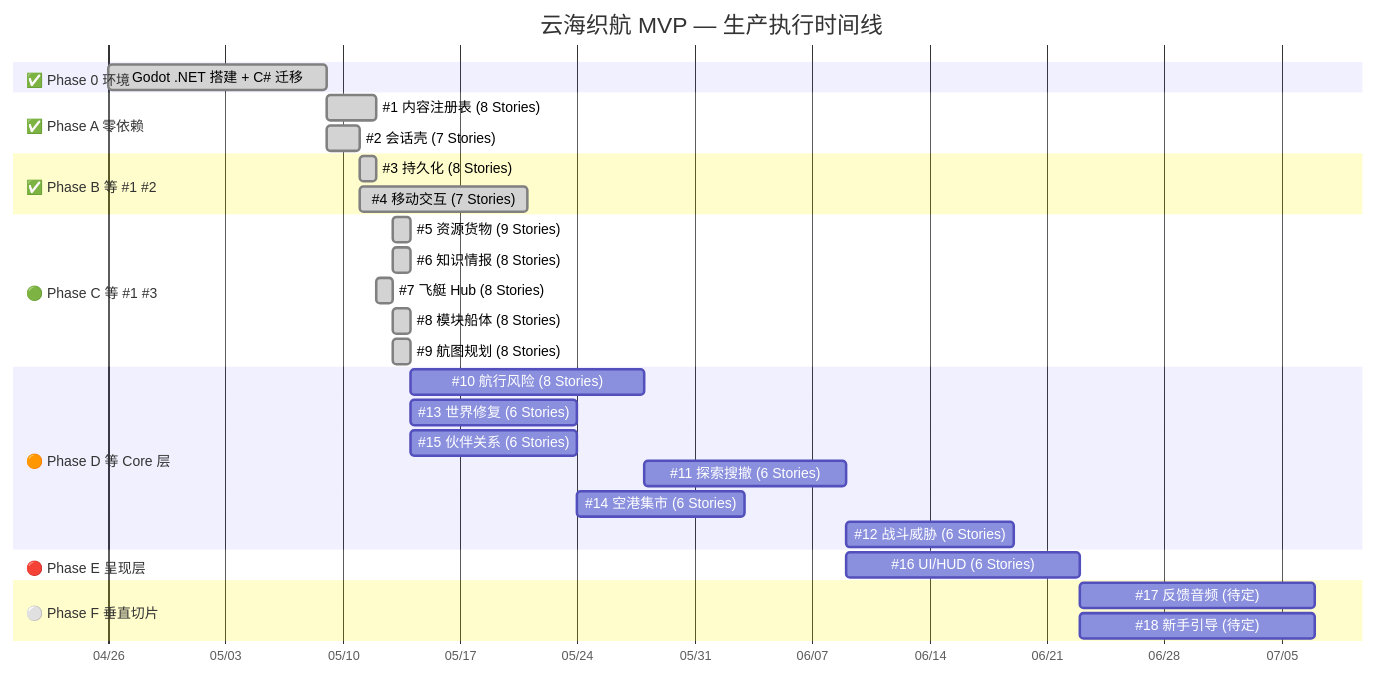
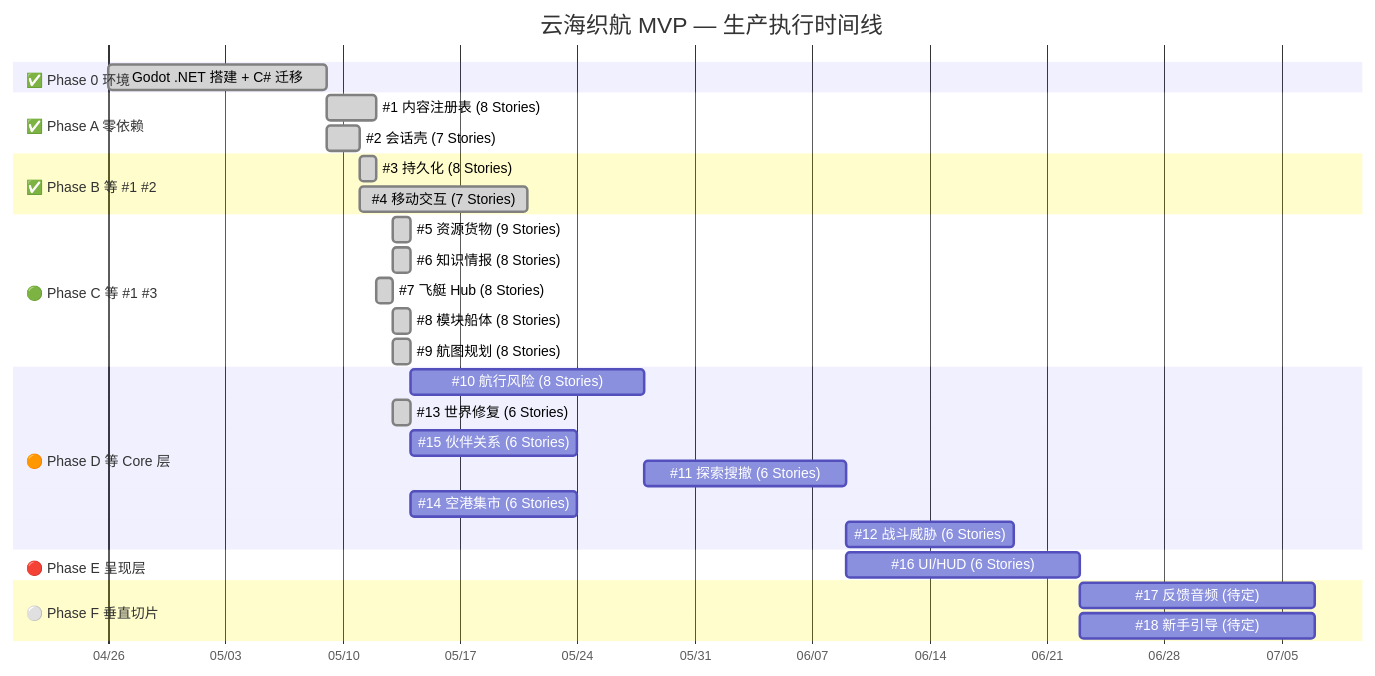
Before and after one commit to lieinsay/Claude-Code-Game-Studios: the first of 3 diagrams in docs/reference/production-flowchart.md, drawn with Mermaid. The commit also changed other lines of this file and 5 other files, not shown here.

````diff
--- a/docs/reference/production-flowchart.md
+++ b/docs/reference/production-flowchart.md
@@ -13,39 +13,39 @@
 ```mermaid
 gantt
     title 云海织航 MVP — 生产执行时间线
     dateFormat YYYY-MM-DD
     axisFormat %m/%d
 
     section ✅ Phase 0 环境
     Godot .NET 搭建 + C# 迁移   :done,    p0, 2026-04-26, 2026-05-09
 
     section ✅ Phase A 零依赖
     #1 内容注册表 (8 Stories)    :done,    p1a, 2026-05-09, 2026-05-12
     #2 会话壳     (7 Stories)    :done,    p1b, 2026-05-09, 2026-05-11
 
     section ✅ Phase B 等 #1 #2
     #3 持久化     (8 Stories)    :done,    p2a, 2026-05-11, 2026-05-12
     #4 移动交互   (7 Stories)    :done,    p2b, after p1b, 10d
 
     section 🟢 Phase C 等 #1 #3
     #5 资源货物   (9 Stories)    :done,    p3a, 2026-05-13, 1d
     #6 知识情报   (8 Stories)    :done,    p3b, 2026-05-13, 1d
     #7 飞艇 Hub   (8 Stories)    :done,    p3c, 2026-05-12, 1d
     #8 模块船体   (8 Stories)    :done,    p3d, 2026-05-13, 1d
     #9 航图规划   (8 Stories)    :done,    p3e, 2026-05-13, 1d
 
     section 🟠 Phase D 等 Core 层
     #10 航行风险  (8 Stories)    :         p4a, after p3e, 14d
-    #13 世界修复  (6 Stories)    :         p4b, after p3e, 10d
+    #13 世界修复  (6 Stories)    :done,    p4b, 2026-05-13, 1d
     #15 伙伴关系  (6 Stories)    :         p4c, after p3e, 10d
     #11 探索搜撤  (6 Stories)    :         p4d, after p4a, 12d
     #14 空港集市  (6 Stories)    :         p4e, after p4b, 10d
     #12 战斗威胁  (6 Stories)    :         p4f, after p4d, 10d
 
     section 🔴 Phase E 呈现层
     #16 UI/HUD    (6 Stories)    :         p5a, after p4d, 14d
 
     section ⚪ Phase F 垂直切片
     #17 反馈音频  (待定)         :         p6a, after p5a, 14d
     #18 新手引导  (待定)         :         p6b, after p5a, 14d
 ```
````
